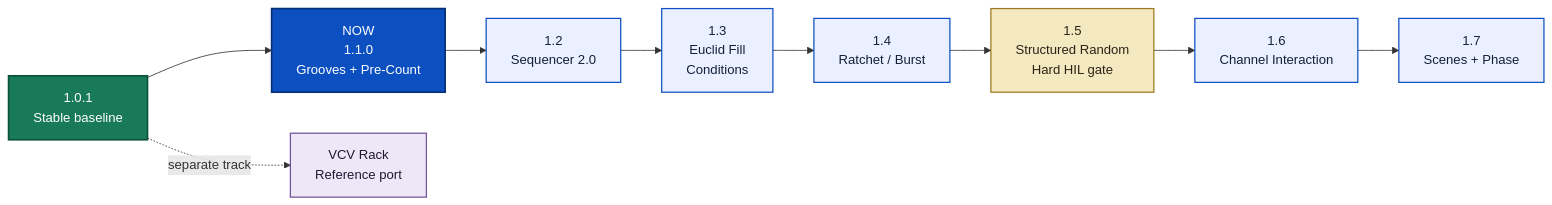
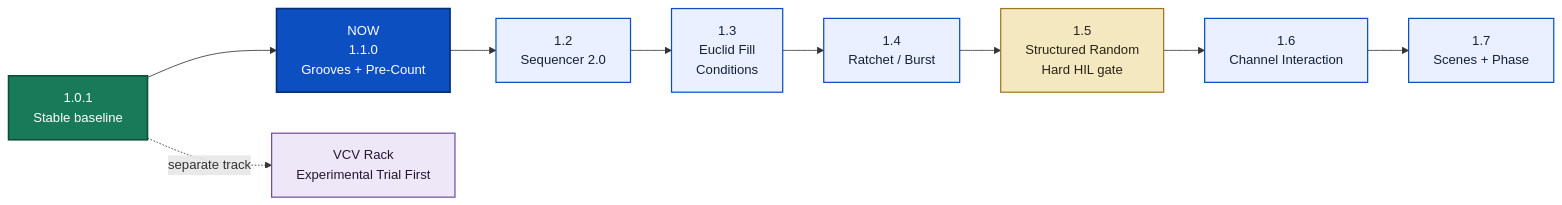
The diagram in README.md (napolitano/eurorack-clock-firmware), drawn with Mermaid before and after one commit. The commit also changed other lines of this file and 25 other files, not shown here.

````diff
--- a/README.md
+++ b/README.md
@@ -74,17 +74,17 @@
 ```mermaid
 flowchart LR
     V1["1.0.1<br/>Stable baseline"] --> G["NOW<br/>1.1.0<br/>Grooves + Pre-Count"] --> S["1.2<br/>Sequencer 2.0"] --> E["1.3<br/>Euclid Fill<br/>Conditions"] --> R["1.4<br/>Ratchet / Burst"] --> N["1.5<br/>Structured Random<br/>Hard HIL gate"] --> I["1.6<br/>Channel Interaction"] --> P["1.7<br/>Scenes + Phase"]
-    V1 -. separate track .-> VCV["VCV Rack<br/>Reference port"]
+    V1 -. separate track .-> VCV["VCV Rack<br/>Experimental Trial First"]
 
     classDef current fill:#0B4FC0,color:#ffffff,stroke:#062F75,stroke-width:2px;
     classDef stable fill:#197A5A,color:#ffffff,stroke:#0B513A,stroke-width:2px;
     classDef planned fill:#EAF0FF,color:#12213A,stroke:#0B4FC0,stroke-width:1.5px;
     classDef gate fill:#F4E8C1,color:#2A2416,stroke:#9D771B,stroke-width:1.5px;
     classDef virtual fill:#EEE7F7,color:#221832,stroke:#74509A,stroke-width:1.5px;
 
     class V1 stable;
     class G current;
     class S,E,R,I,P planned;
     class N gate;
     class VCV virtual;
 ```
````
